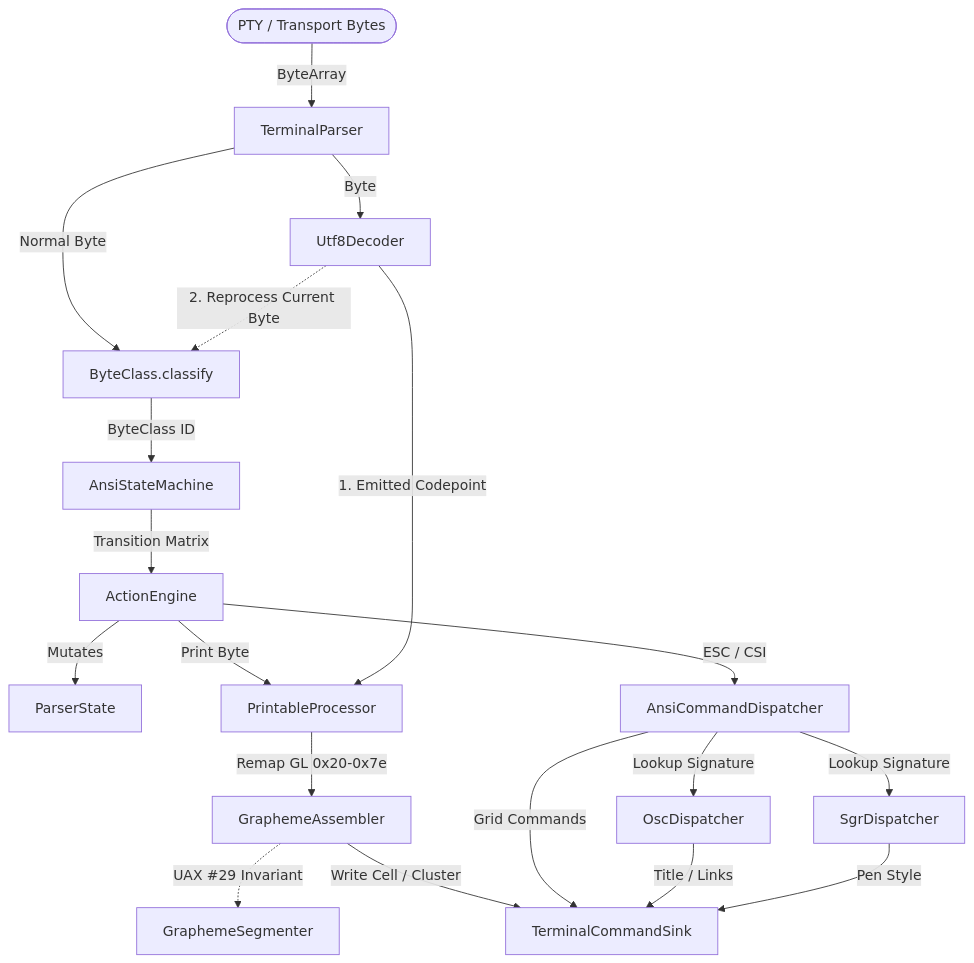
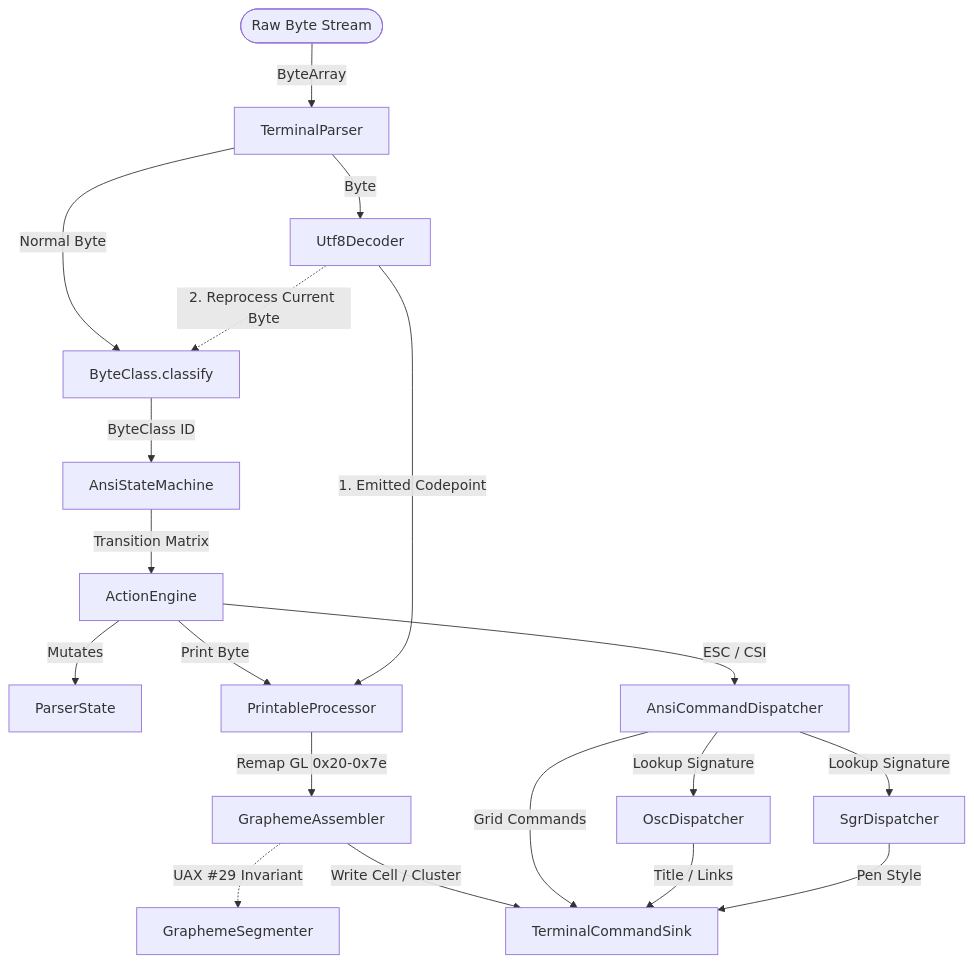
One commit to ketraterm/KetraTerm changed the diagram in jvterm-parser/README.md. Above: the diagram before and after it, drawn with Mermaid. The commit also changed other lines of this file and 34 other files, not shown here.

First line of the commit message:
chore: add ARCHITECTURE.md and README.md for detailed documentation and update terminology consistency

````diff
--- a/jvterm-parser/README.md
+++ b/jvterm-parser/README.md
@@ -13,48 +18,48 @@
 ```mermaid
 graph TD
     %% Node definitions
-    PTY([PTY / Transport Bytes])
+    PTY([Raw Byte Stream])
     Parser[TerminalParser]
     UTF8[Utf8Decoder]
     ByteClass[ByteClass.classify]
     FSM[AnsiStateMachine]
     State[ParserState]
     Engine[ActionEngine]
     Dispatcher[AnsiCommandDispatcher]
     SgrDisp[SgrDispatcher]
     OscDisp[OscDispatcher]
     PrintProc[PrintableProcessor]
     GAssembler[GraphemeAssembler]
     GSegmenter[GraphemeSegmenter]
     Sink[TerminalCommandSink]
 
     %% Data flow
     PTY -->|ByteArray| Parser
     Parser -->|Byte| UTF8
     
     %% UTF-8 path
     UTF8 -->|1. Emitted Codepoint| PrintProc
     UTF8 -.->|2. Reprocess Current Byte| ByteClass
     
     %% ANSI FSM path
     Parser -->|Normal Byte| ByteClass
     ByteClass -->|ByteClass ID| FSM
     FSM -->|Transition Matrix| Engine
     Engine -->|Mutates| State
     
     %% Structural Path
     Engine -->|ESC / CSI| Dispatcher
     Dispatcher -->|Lookup Signature| SgrDisp
     Dispatcher -->|Lookup Signature| OscDisp
     
     %% Sinks
     SgrDisp -->|Pen Style| Sink
     OscDisp -->|Title / Links| Sink
     Dispatcher -->|Grid Commands| Sink
     
     %% Printable Path
     Engine -->|Print Byte| PrintProc
     PrintProc -->|Remap GL 0x20-0x7e| GAssembler
     GAssembler -.->|UAX #29 Invariant| GSegmenter
     GAssembler -->|Write Cell / Cluster| Sink
 ```
````
